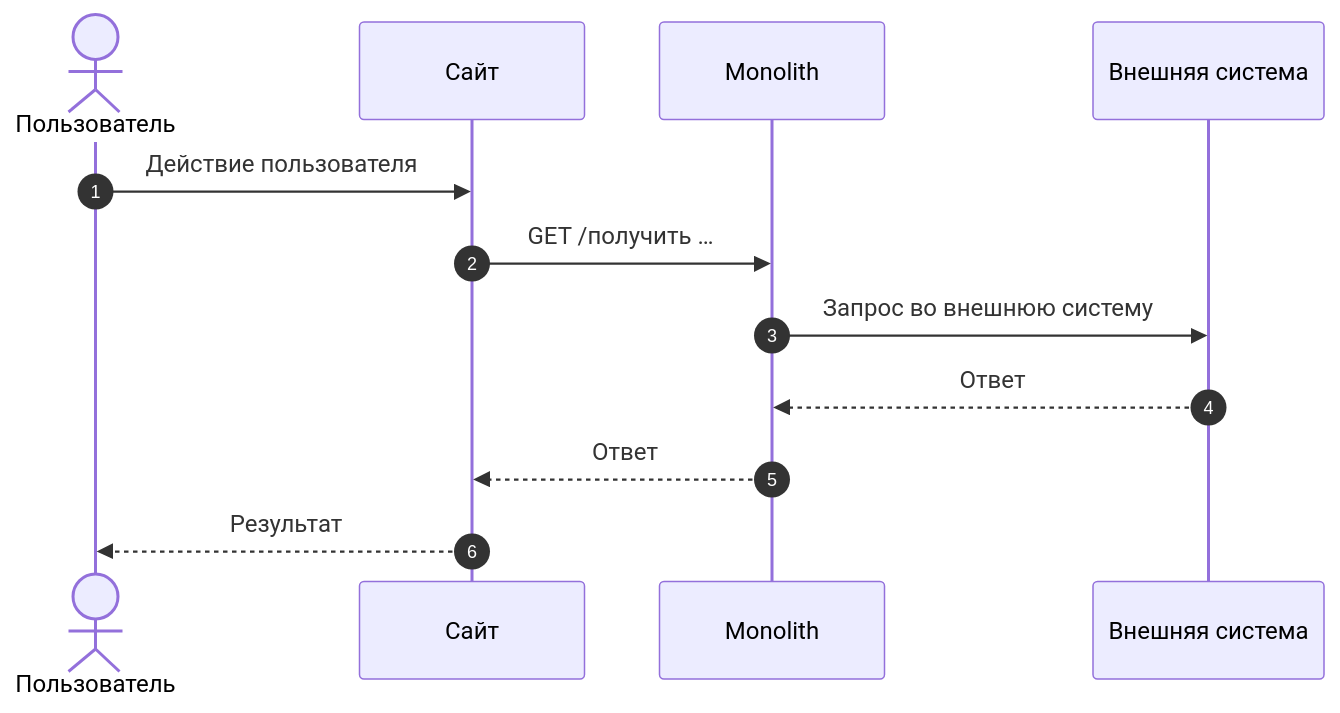
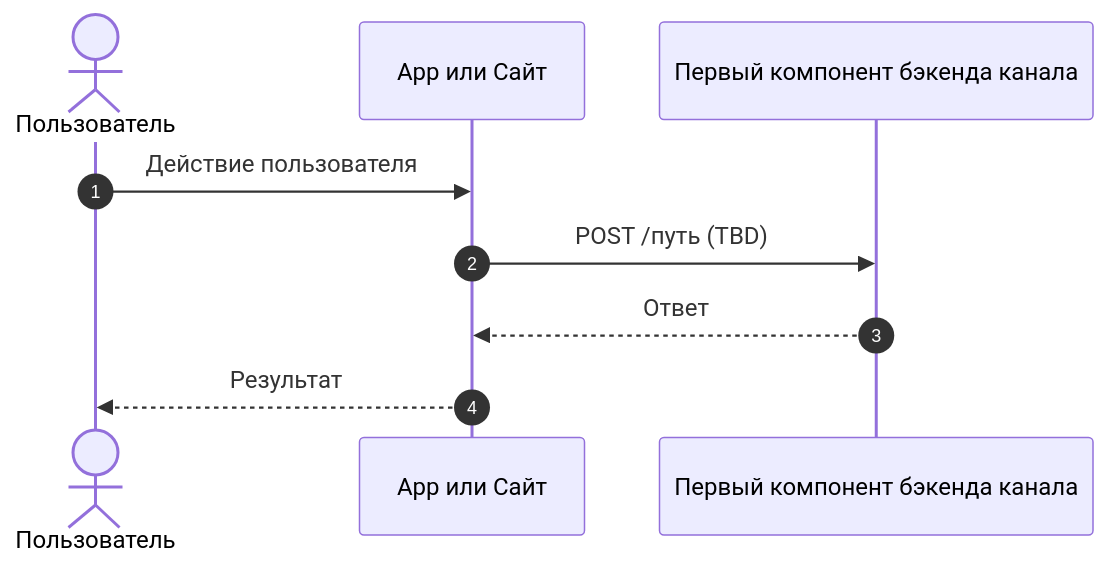
Before and after one commit to Terinss155/opencode-agents-analysis: the first of 2 diagrams in skill/srs/template.md, drawn with Mermaid. The commit also changed other lines of this file and 266 other files, not shown here.

First line of the commit message:
Возвраты 2.0: баллы в Mindbox (BL-RET-BONUS), модель данных заявки (ERD-RET), задачи отдельно от требований

````diff
--- a/skill/srs/template.md
+++ b/skill/srs/template.md
@@ -87,15 +71,12 @@
 ```mermaid
 sequenceDiagram
     autonumber
     actor U as Пользователь
-    participant WEB as Сайт
-    participant MON as Monolith
-    participant EXT as Внешняя система
+    participant CL as App или Сайт
+    participant BE as Первый компонент бэкенда канала
 
-    U->>WEB: Действие пользователя
-    WEB->>MON: GET /получить …
-    MON->>EXT: Запрос во внешнюю систему
-    EXT-->>MON: Ответ
-    MON-->>WEB: Ответ
-    WEB-->>U: Результат
+    U->>CL: Действие пользователя
+    CL->>BE: POST /путь (TBD)
+    BE-->>CL: Ответ
+    CL-->>U: Результат
 ```
````
